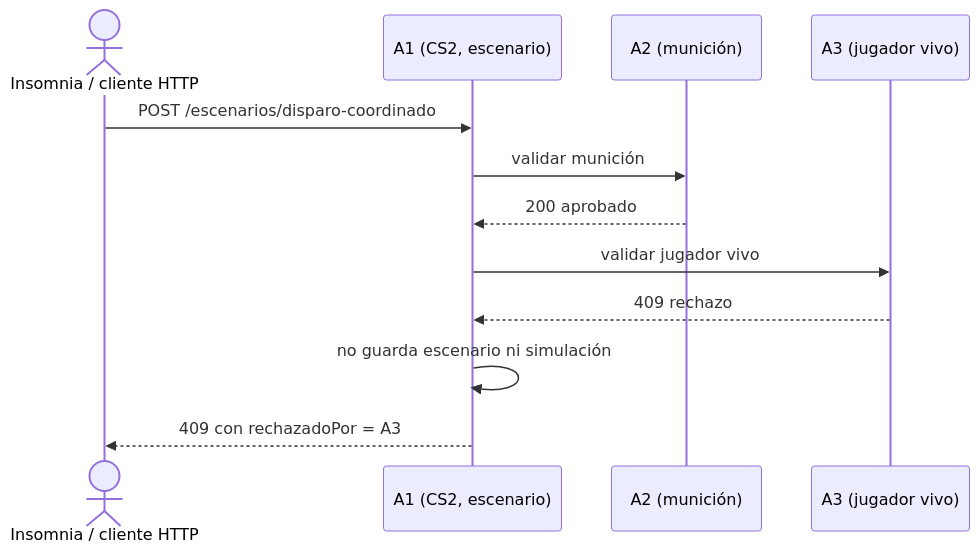
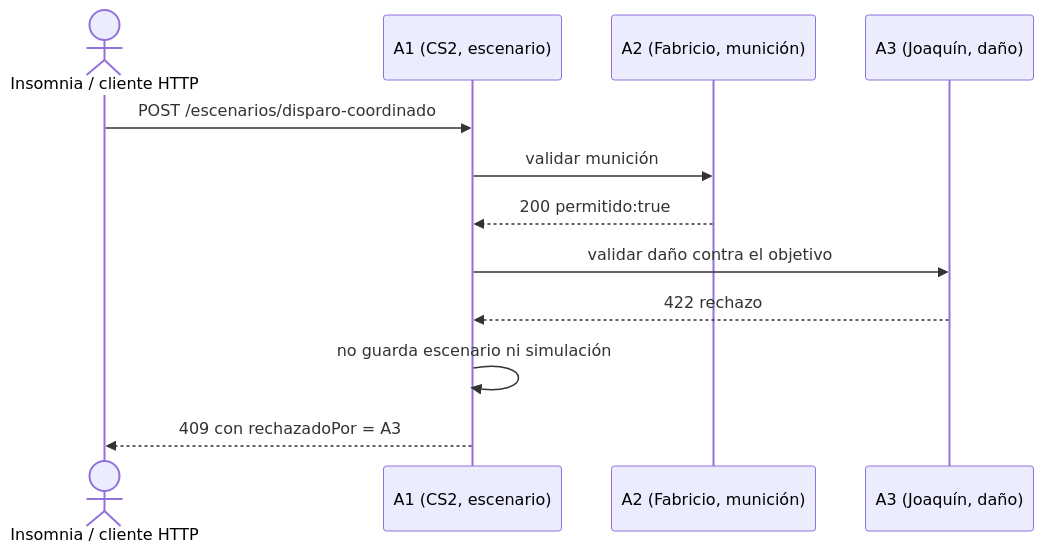
The third of 3 diagrams in Docs/diagramamermaid.md (MigueMedina/mmedina-tplp3-2026), drawn with Mermaid before and after one commit. The commit also changed other lines of this file and 4 other files, not shown here.

````diff
--- a/Docs/diagramamermaid.md
+++ b/Docs/diagramamermaid.md
@@ -247,15 +248,15 @@
 ```mermaid
 sequenceDiagram
     actor Cliente as Insomnia / cliente HTTP
     participant A1 as A1 (CS2, escenario)
-    participant A2 as A2 (munición)
-    participant A3 as A3 (jugador vivo)
+    participant A2 as A2 (Fabricio, munición)
+    participant A3 as A3 (Joaquín, daño)
 
     Cliente->>A1: POST /escenarios/disparo-coordinado
     A1->>A2: validar munición
-    A2-->>A1: 200 aprobado
-    A1->>A3: validar jugador vivo
-    A3-->>A1: 409 rechazo
+    A2-->>A1: 200 permitido:true
+    A1->>A3: validar daño contra el objetivo
+    A3-->>A1: 422 rechazo
     A1->>A1: no guarda escenario ni simulación
     A1-->>Cliente: 409 con rechazadoPor = A3
 ```
````
